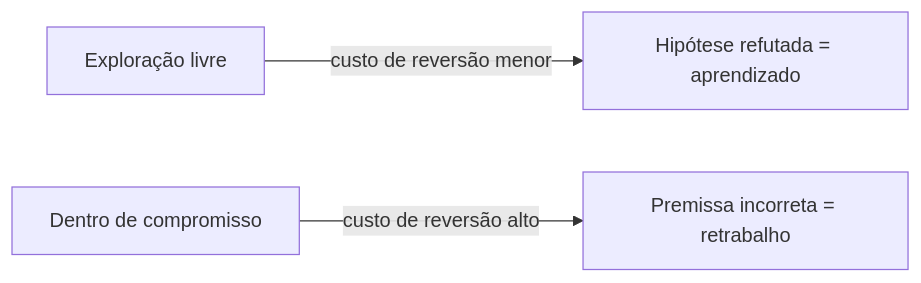
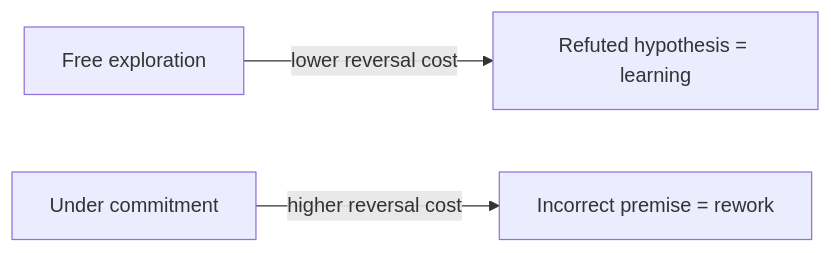
Before and after one commit to produtoreativo/from-intent-to-outcome: the diagram in en/chapter-01.md, drawn with Mermaid. The commit also changed other lines of this file and 8 other files, not shown here.

````diff
--- a/en/chapter-01.md
+++ b/en/chapter-01.md
@@ -60,5 +60,5 @@
 ```mermaid
 graph LR
-    A[Exploração livre] -->|custo de reversão menor| B[Hipótese refutada = aprendizado]
-    C[Dentro de compromisso] -->|custo de reversão alto| D[Premissa incorreta = retrabalho]
+    A[Free exploration] -->|lower reversal cost| B[Refuted hypothesis = learning]
+    C[Under commitment] -->|higher reversal cost| D[Incorrect premise = rework]
 ```
````
